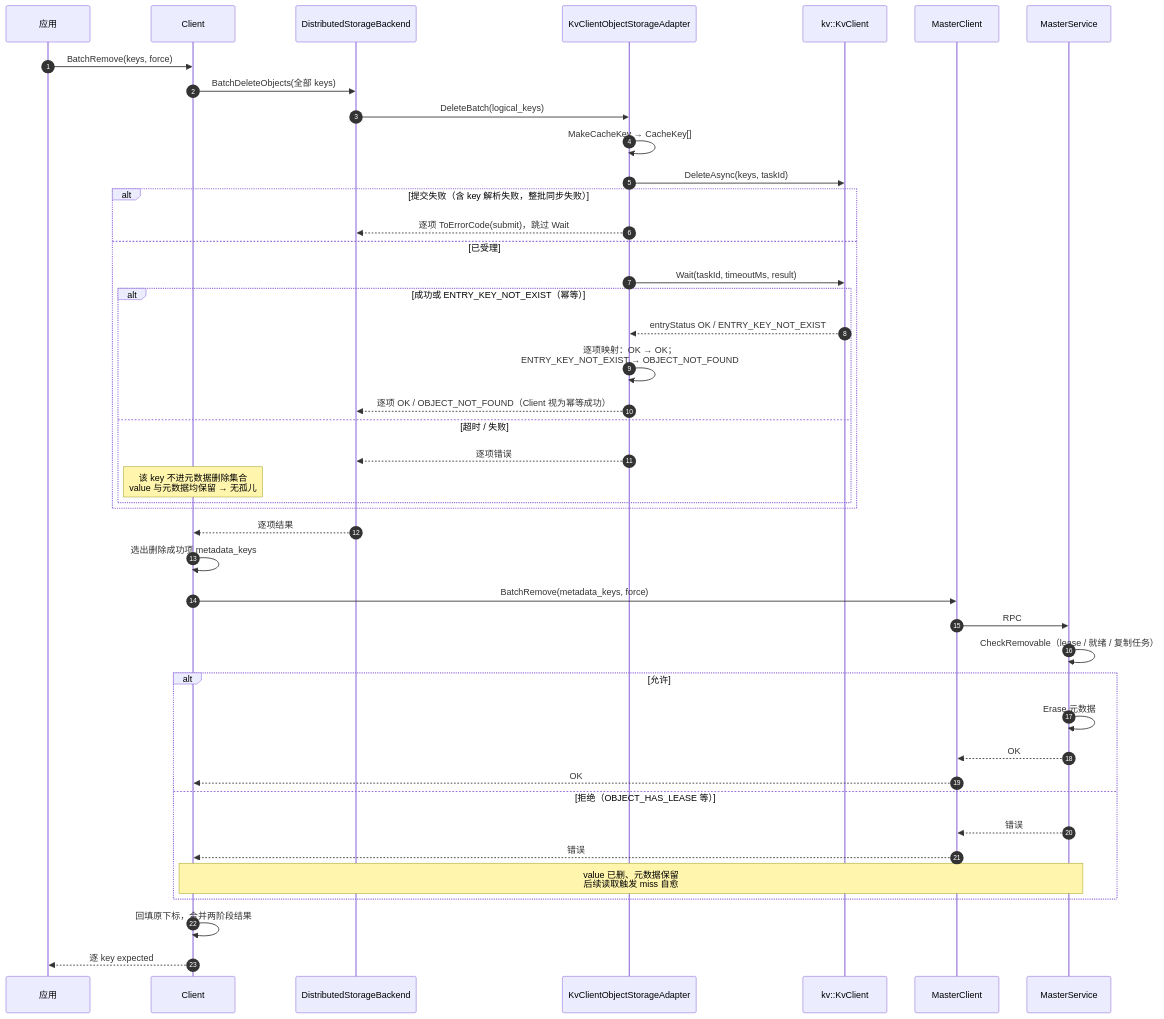
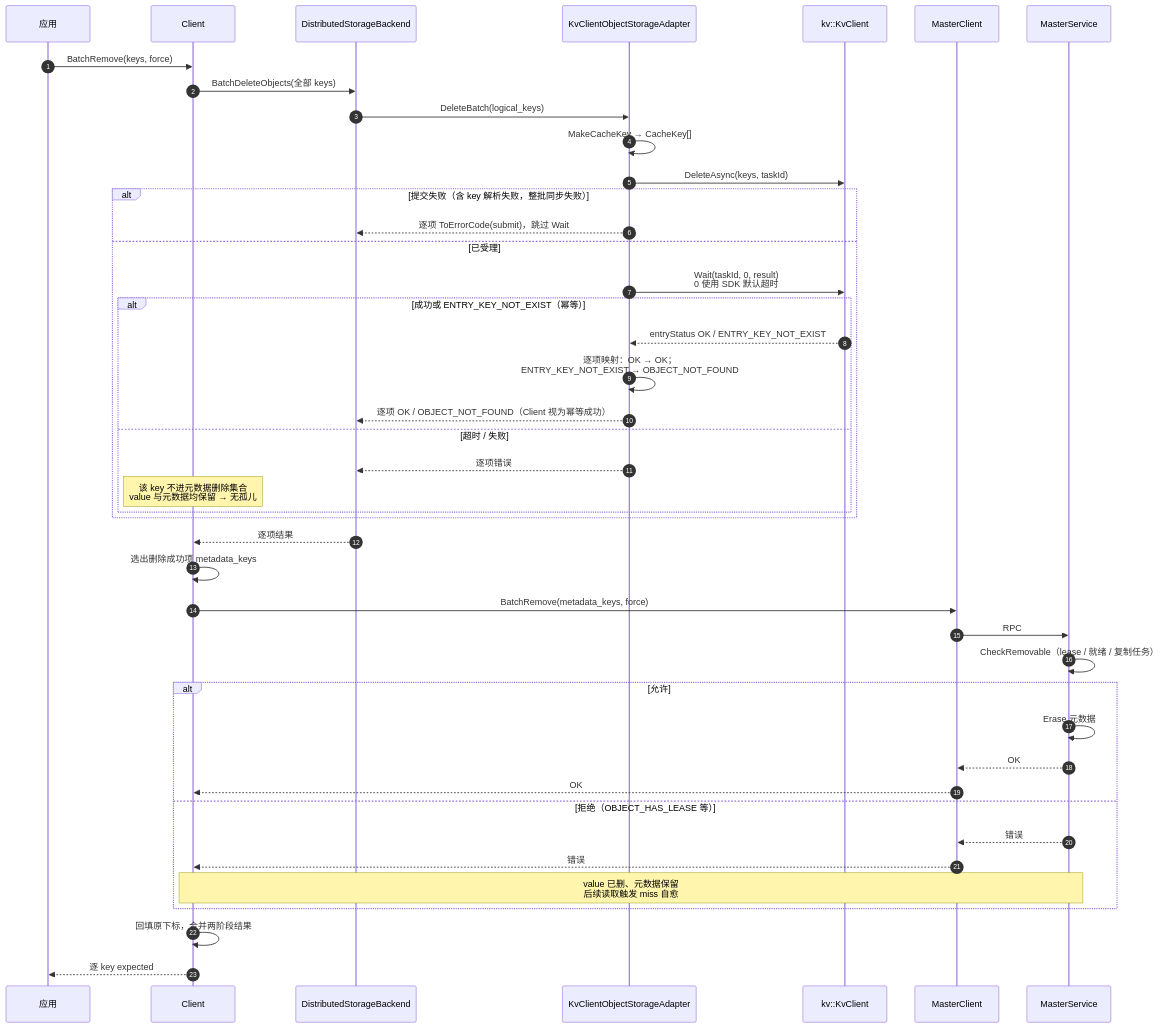
Diagram 11 of 13 in Mooncake + KVClient L3 接入（Kvcs）- v3.md (zwj20000328-dotcom/Mooncake-documents), drawn with Mermaid before and after one commit. The commit also changed other lines of this file and 3 other files, not shown here.

````diff
--- a/Mooncake + KVClient L3 接入（Kvcs）- v3.md
+++ b/Mooncake + KVClient L3 接入（Kvcs）- v3.md
@@ -690,46 +686,46 @@
 ```mermaid
 sequenceDiagram
     autonumber
     participant APP as 应用
     participant C as Client
     participant BE as DistributedStorageBackend
     participant AD as KvClientObjectStorageAdapter
     participant SDK as kv::KvClient
     participant MC as MasterClient
     participant M as MasterService
 
     APP->>C: BatchRemove(keys, force)
     C->>BE: BatchDeleteObjects(全部 keys)
     BE->>AD: DeleteBatch(logical_keys)
     AD->>AD: MakeCacheKey → CacheKey[]
     AD->>SDK: DeleteAsync(keys, taskId)
     alt 提交失败（含 key 解析失败，整批同步失败）
         AD-->>BE: 逐项 ToErrorCode(submit)，跳过 Wait
     else 已受理
-        AD->>SDK: Wait(taskId, timeoutMs, result)
+        AD->>SDK: Wait(taskId, 0, result)<br/>0 使用 SDK 默认超时
         alt 成功或 ENTRY_KEY_NOT_EXIST（幂等）
             SDK-->>AD: entryStatus OK / ENTRY_KEY_NOT_EXIST
             AD->>AD: 逐项映射：OK → OK；<br/>ENTRY_KEY_NOT_EXIST → OBJECT_NOT_FOUND
             AD-->>BE: 逐项 OK / OBJECT_NOT_FOUND（Client 视为幂等成功）
         else 超时 / 失败
             AD-->>BE: 逐项错误
             Note over C: 该 key 不进元数据删除集合<br/>value 与元数据均保留 → 无孤儿
         end
     end
     BE-->>C: 逐项结果
     C->>C: 选出删除成功项 metadata_keys
     C->>MC: BatchRemove(metadata_keys, force)
     MC->>M: RPC
     M->>M: CheckRemovable（lease / 就绪 / 复制任务）
     alt 允许
         M->>M: Erase 元数据
         M-->>MC: OK
         MC-->>C: OK
     else 拒绝（OBJECT_HAS_LEASE 等）
         M-->>MC: 错误
         MC-->>C: 错误
         Note over C,M:  value 已删、元数据保留<br/>后续读取触发 miss 自愈
     end
     C->>C: 回填原下标，合并两阶段结果
     C-->>APP: 逐 key expected
 ```
````
